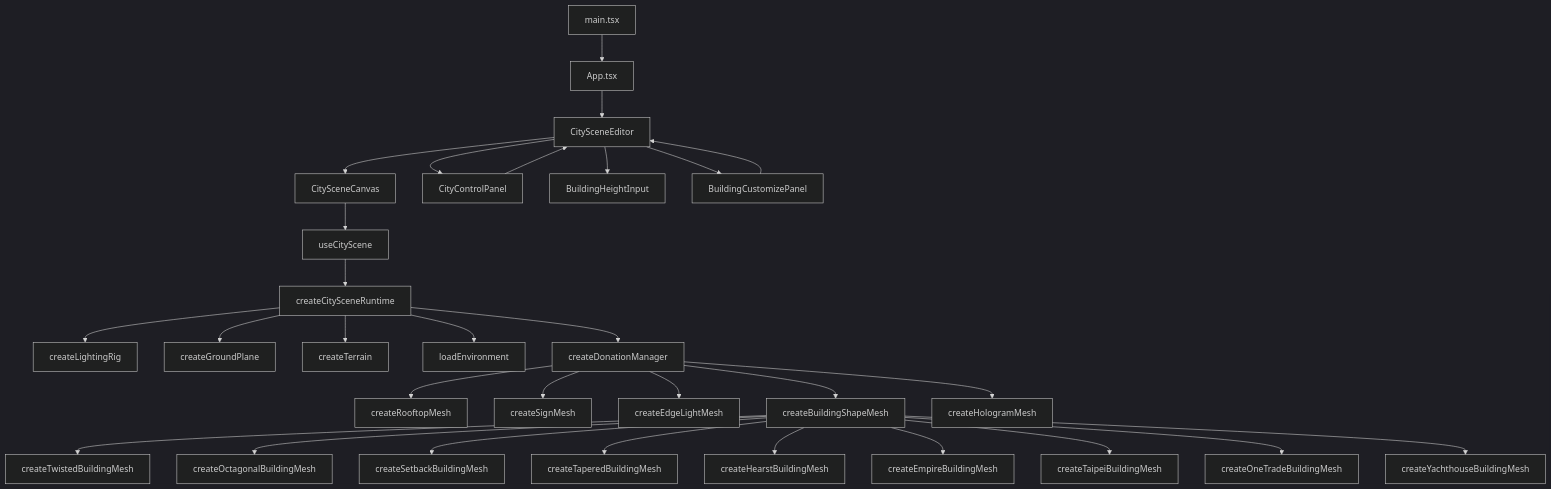
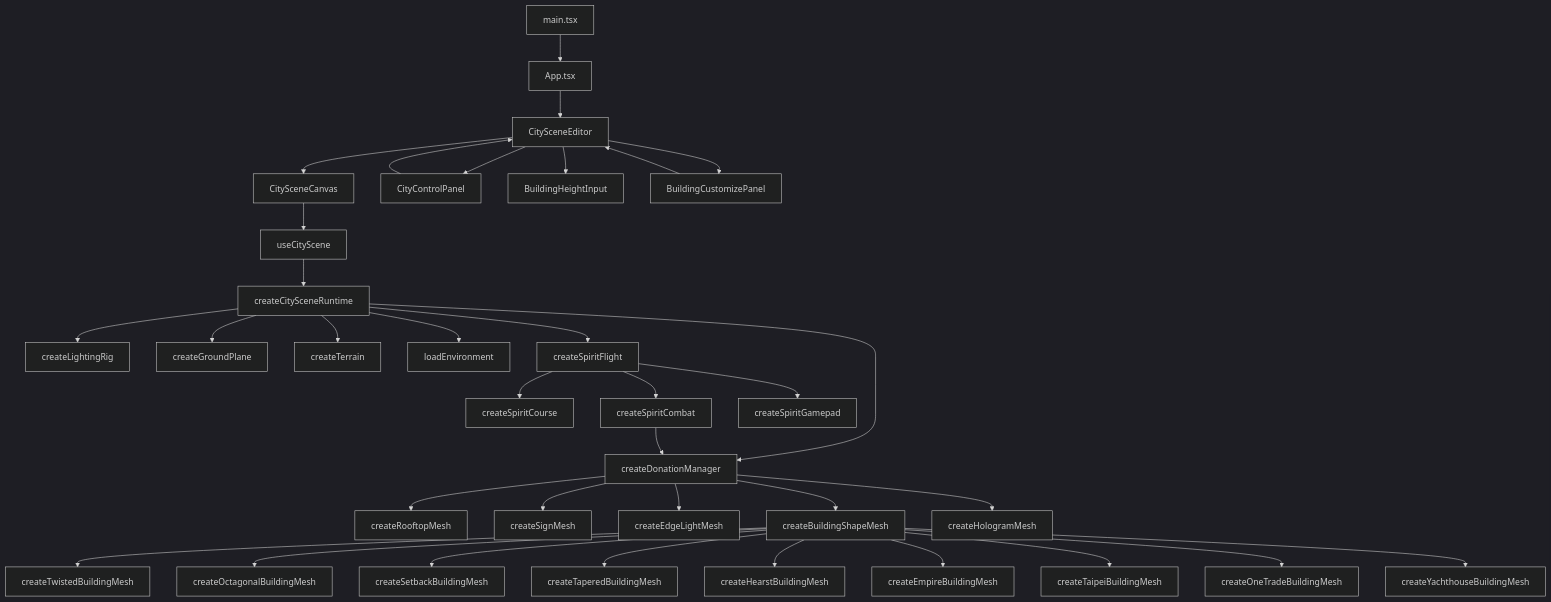
One commit to RaeII/cidoa changed the first of 2 diagrams in doc/index.md. Above: the diagram before and after it, drawn with Mermaid (dark theme). The commit also changed other lines of this file and 25 other files, not shown here.

````diff
--- a/doc/index.md
+++ b/doc/index.md
@@ -276,32 +291,37 @@
 ```mermaid
 flowchart TD
     A[main.tsx] --> B[App.tsx]
     B --> C[CitySceneEditor]
     C --> D[CitySceneCanvas]
     C --> E[CityControlPanel]
     C --> F[BuildingHeightInput]
     C --> P[BuildingCustomizePanel]
     D --> G[useCityScene]
     G --> H[createCitySceneRuntime]
     H --> I[createLightingRig]
     H --> J[createGroundPlane]
     H --> TR[createTerrain]
     H --> L[loadEnvironment]
     H --> M[createDonationManager]
+    H --> SF[createSpiritFlight]
+    SF --> SC[createSpiritCourse]
+    SF --> SW[createSpiritCombat]
+    SW --> M
+    SF --> SG[createSpiritGamepad]
     M --> N[createRooftopMesh]
     M --> O[createSignMesh]
     M --> Q[createEdgeLightMesh]
     M --> BS[createBuildingShapeMesh]
     BS --> T[createTwistedBuildingMesh]
     BS --> U[createOctagonalBuildingMesh]
     BS --> V[createSetbackBuildingMesh]
     BS --> W[createTaperedBuildingMesh]
     BS --> X[createHearstBuildingMesh]
     BS --> Y[createEmpireBuildingMesh]
     BS --> Z[createTaipeiBuildingMesh]
     BS --> OT[createOneTradeBuildingMesh]
     BS --> YC[createYachthouseBuildingMesh]
     M --> HG[createHologramMesh]
     E --> C
     P --> C
 ```
````
